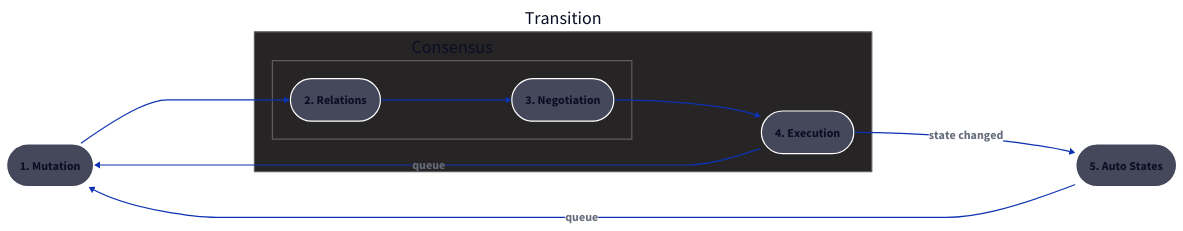
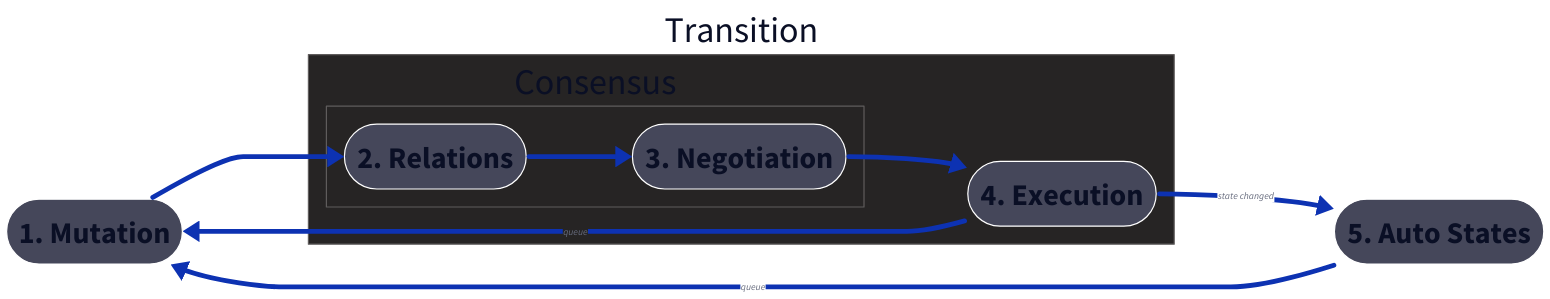
Before and after one commit to pancsta/asyncmachine-go: diagram 14 of 14 in docs/diagrams.md, drawn with D2. The commit also changed 4 other files, not shown here.

````diff
--- a/docs/diagrams.md
+++ b/docs/diagrams.md
@@ -421,71 +421,77 @@
 ```d2
 direction: right
 
 classes: {
   node: {
     style: {
       stroke: white
       border-radius: 999
       fill: "#45475A"
-      font-size: 20
+      font-size: 50
     }
   }
   group: {
     style: {
       stroke: "#5F5C5C"
       fill: "#262424"
-      font-size: 30
+      font-size: 60
+    }
+  }
+  link: {
+    style: {
+      # font-size: 35
+      # bold: true
+      stroke-width: 8
     }
   }
 }
 
-Mutation -> Transition.Consensus.Relations -> Transition.Consensus.Negotiation -> Transition.Execution
+Mutation -> Transition.Consensus.Relations: {
+  class: link
+}
+Transition.Consensus.Relations -> Transition.Consensus.Negotiation: {
+  class: link
+}
+Transition.Consensus.Negotiation -> Transition.Execution: {
+  class: link
+}
 Transition: {
   class: group
   Consensus: {
     class: group
     Relations
     Negotiation
     Relations: {
       label: 2. Relations
       class: node
     }
     Negotiation: {
       label: 3. Negotiation
       class: node
     }
   }
   Execution
   Execution: {
     label: 4. Execution
     class: node
   }
 }
 
 Transition.Execution -> Mutation: queue {
-  style: {
-    font-size: 20
-    bold: true
-  }
+  class: link
 }
 Transition.Execution -> Auto: state changed {
-  style: {
-    font-size: 20
-    bold: true
-  }
+  class: link
 }
 Auto -> Mutation: queue {
-  style: {
-    font-size: 20
-    bold: true
-  }
+  class: link
 }
 Mutation: {
   label: 1. Mutation
   class: node
 }
 Auto: {
   label: 5. Auto States
   class: node
 }
 ```
````
